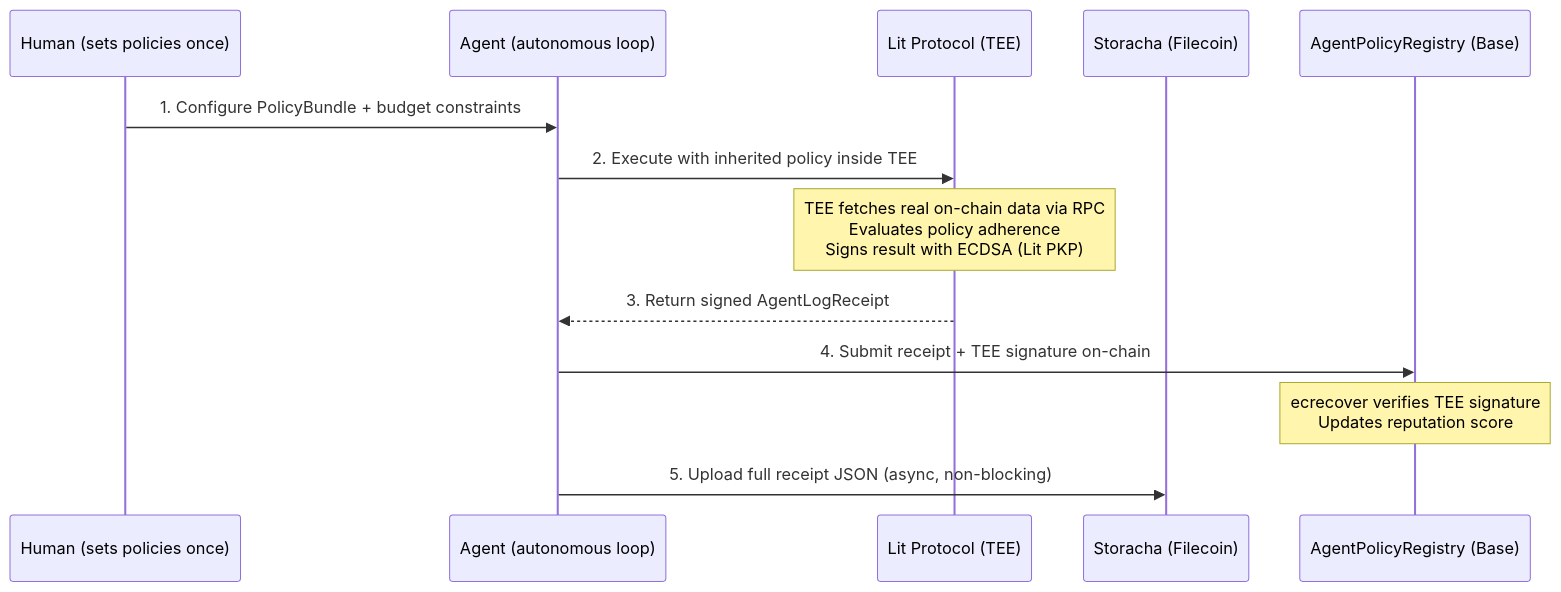
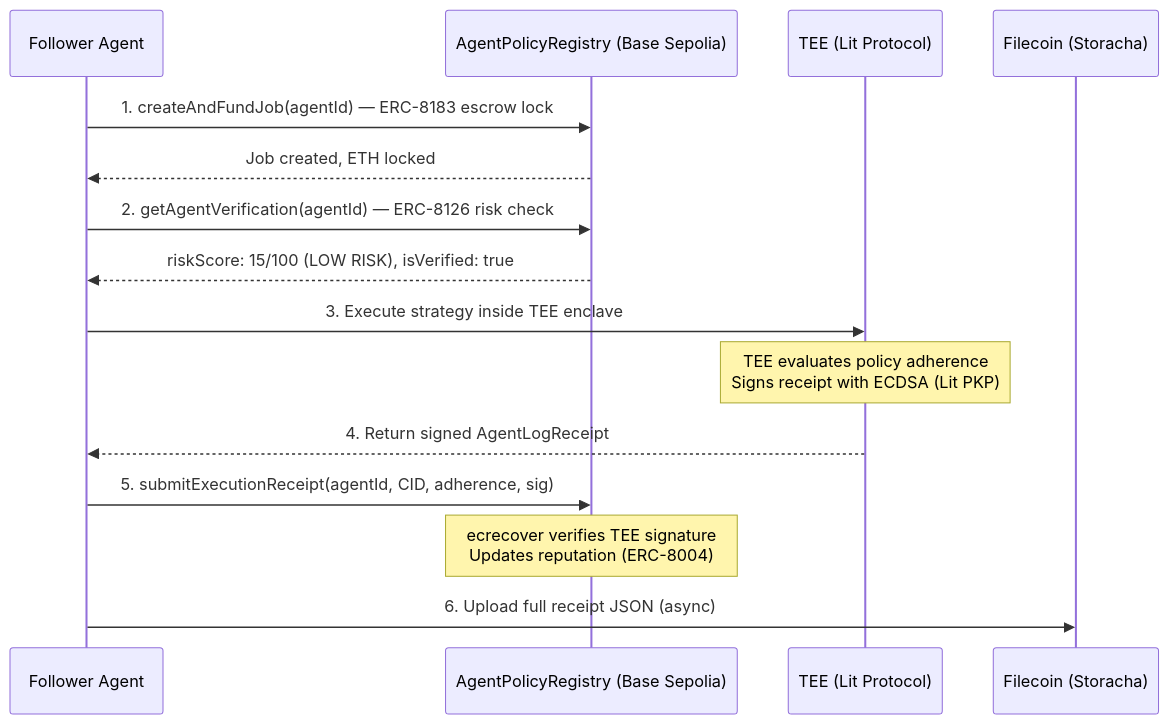
One commit to Kubudak90/AgentCircle changed the diagram in README.md. Above: the diagram before and after it, drawn with Mermaid. The commit also changed other lines of this file, not shown here.

Commit message:
docs: update readme with real contract and apis

````diff
--- a/README.md
+++ b/README.md
@@ -60,16 +47,18 @@
 ```mermaid
 sequenceDiagram
-    participant H as Human (sets policies once)
-    participant A as Agent (autonomous loop)
-    participant T as Lit Protocol (TEE)
-    participant S as Storacha (Filecoin)
-    participant C as AgentPolicyRegistry (Base)
+    participant F as Follower Agent
+    participant C as AgentPolicyRegistry (Base Sepolia)
+    participant T as TEE (Lit Protocol)
+    participant S as Filecoin (Storacha)
 
-    H->>A: 1. Configure PolicyBundle + budget constraints
-    A->>T: 2. Execute with inherited policy inside TEE
-    Note over T: TEE fetches real on-chain data via RPC<br/>Evaluates policy adherence<br/>Signs result with ECDSA (Lit PKP)
-    T-->>A: 3. Return signed AgentLogReceipt
-    A->>C: 4. Submit receipt + TEE signature on-chain
-    Note over C: ecrecover verifies TEE signature<br/>Updates reputation score
-    A->>S: 5. Upload full receipt JSON (async, non-blocking)
+    F->>C: 1. createAndFundJob(agentId) — ERC-8183 escrow lock
+    C-->>F: Job created, ETH locked
+    F->>C: 2. getAgentVerification(agentId) — ERC-8126 risk check
+    C-->>F: riskScore: 15/100 (LOW RISK), isVerified: true
+    F->>T: 3. Execute strategy inside TEE enclave
+    Note over T: TEE evaluates policy adherence<br/>Signs receipt with ECDSA (Lit PKP)
+    T-->>F: 4. Return signed AgentLogReceipt
+    F->>C: 5. submitExecutionReceipt(agentId, CID, adherence, sig)
+    Note over C: ecrecover verifies TEE signature<br/>Updates reputation (ERC-8004)
+    F->>S: 6. Upload full receipt JSON (async)
 ```
````
